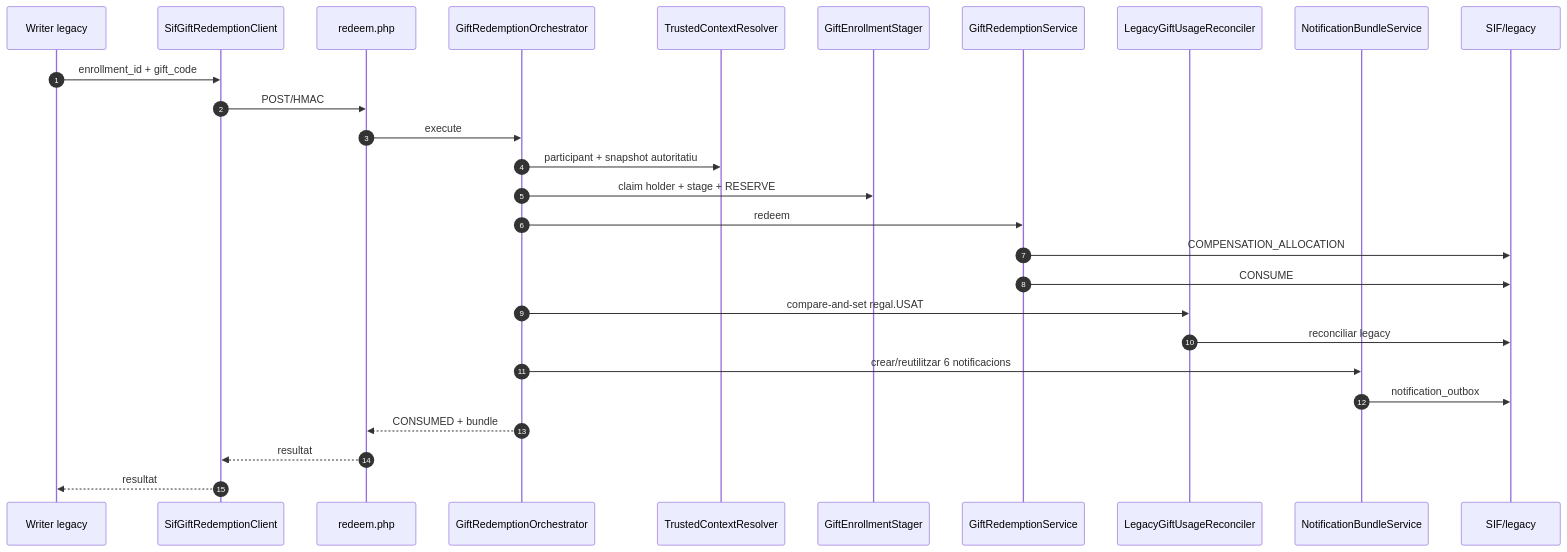
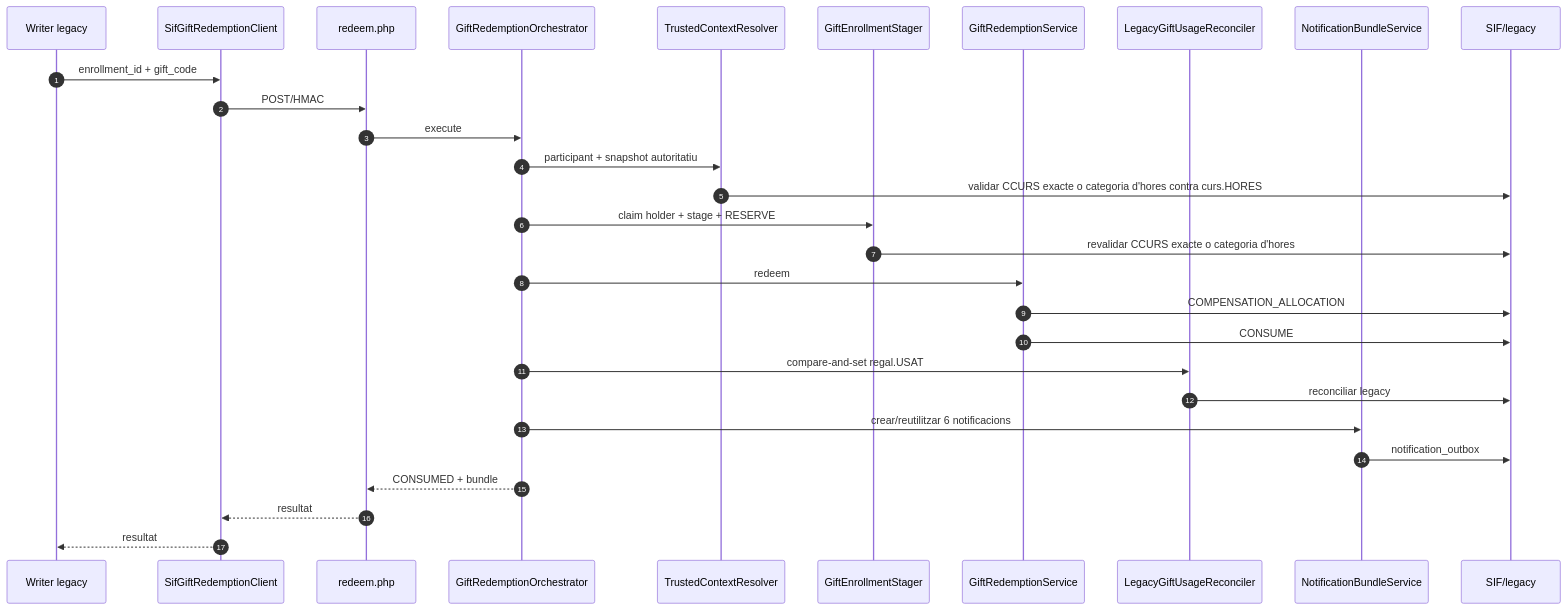
The second of 5 diagrams in documentacio/07-uml-integrat/uc-018-sequencies-actual-final.md (orgmeriemprismacat-del/verifactu), drawn with Mermaid before and after one commit. The commit also changed other lines of this file, not shown here.

Commit message:
docs(UC-018): actualitzar seqüències PII i regals per hores

````diff
--- a/documentacio/07-uml-integrat/uc-018-sequencies-actual-final.md
+++ b/documentacio/07-uml-integrat/uc-018-sequencies-actual-final.md
@@ -41,30 +48,32 @@
 ```mermaid
 sequenceDiagram
 autonumber
 participant W as Writer legacy
 participant C as SifGiftRedemptionClient
 participant API as redeem.php
 participant O as GiftRedemptionOrchestrator
 participant T as TrustedContextResolver
 participant S as GiftEnrollmentStager
 participant R as GiftRedemptionService
 participant L as LegacyGiftUsageReconciler
 participant N as NotificationBundleService
 participant DB as SIF/legacy
 
 W->>C: enrollment_id + gift_code
 C->>API: POST/HMAC
 API->>O: execute
 O->>T: participant + snapshot autoritatiu
+T->>DB: validar CCURS exacte o categoria d'hores contra curs.HORES
 O->>S: claim holder + stage + RESERVE
+S->>DB: revalidar CCURS exacte o categoria d'hores
 O->>R: redeem
 R->>DB: COMPENSATION_ALLOCATION
 R->>DB: CONSUME
 O->>L: compare-and-set regal.USAT
 L->>DB: reconciliar legacy
 O->>N: crear/reutilitzar 6 notificacions
 N->>DB: notification_outbox
 O-->>API: CONSUMED + bundle
 API-->>C: resultat
 C-->>W: resultat
 ```
````
